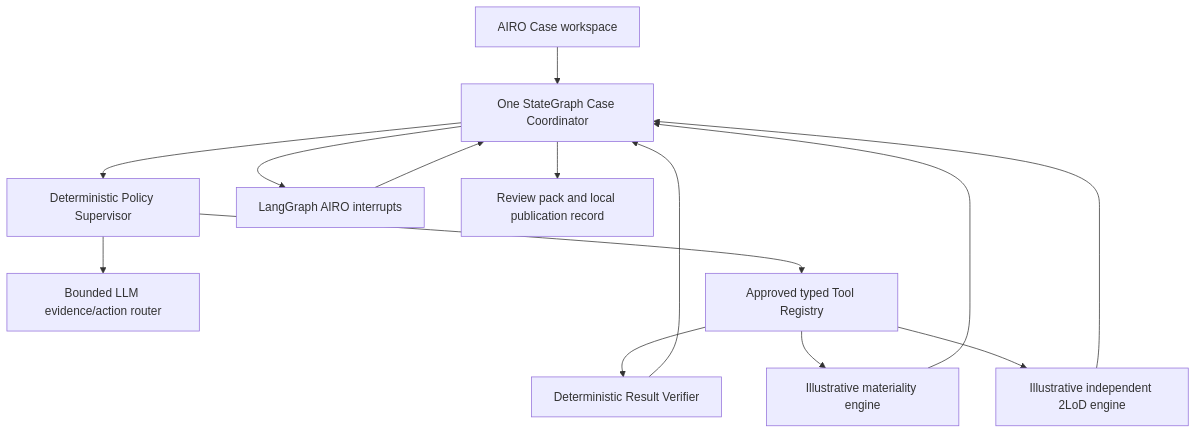
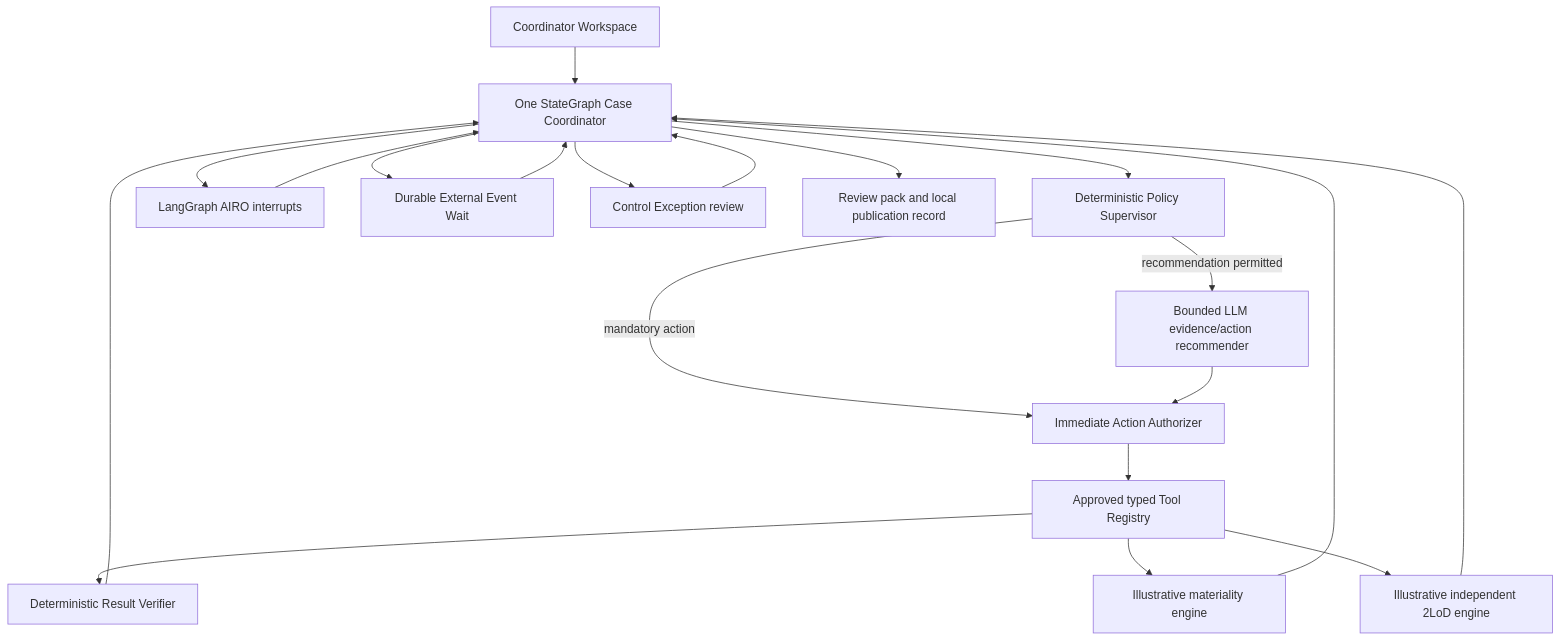
One commit to phd08bl/model_registry_hugging changed the diagram in ai-risk-triage-demo/README.md. Above: the diagram before and after it, drawn with Mermaid. The commit also changed other lines of this file and 53 other files, not shown here.

````diff
--- a/ai-risk-triage-demo/README.md
+++ b/ai-risk-triage-demo/README.md
@@ -46,16 +50,22 @@
 ```mermaid
 flowchart TD
-    UI[AIRO Case workspace] --> C[One StateGraph Case Coordinator]
+    UI[Coordinator Workspace] --> C[One StateGraph Case Coordinator]
     C --> S[Deterministic Policy Supervisor]
-    S --> R[Bounded LLM evidence/action router]
-    S --> T[Approved typed Tool Registry]
+    S -->|mandatory action| A[Immediate Action Authorizer]
+    S -->|recommendation permitted| R[Bounded LLM evidence/action recommender]
+    R --> A
+    A --> T[Approved typed Tool Registry]
     T --> V[Deterministic Result Verifier]
     T --> M[Illustrative materiality engine]
     T --> L[Illustrative independent 2LoD engine]
     V --> C
     M --> C
     L --> C
     C --> G[LangGraph AIRO interrupts]
     G --> C
+    C --> E[Durable External Event Wait]
+    E --> C
+    C --> X[Control Exception review]
+    X --> C
     C --> P[Review pack and local publication record]
 ```
````
